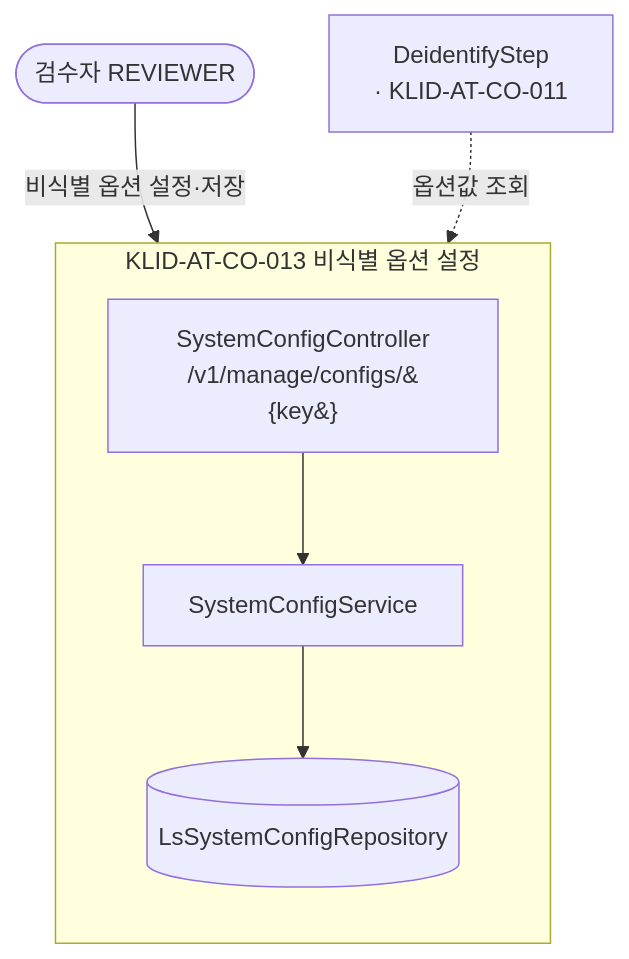
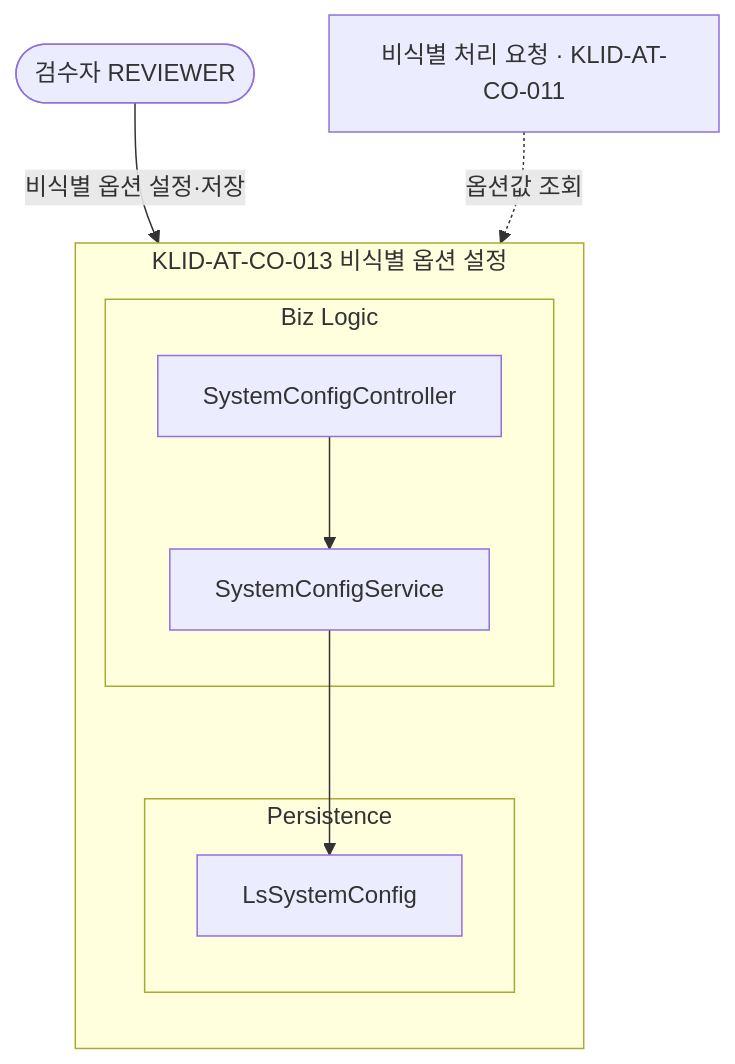
Diagram 12 of 13 in docs/design/D3-컴포넌트설계서.md (New-stella/klid-label), drawn with Mermaid before and after one commit. The commit also changed other lines of this file and 32 other files, not shown here.

````diff
--- a/docs/design/D3-컴포넌트설계서.md
+++ b/docs/design/D3-컴포넌트설계서.md
@@ -322,15 +387,19 @@
 ```mermaid
 flowchart TD
     REVIEWER([검수자 REVIEWER])
     subgraph CO013[KLID-AT-CO-013 비식별 옵션 설정]
         direction TB
-        SCC[SystemConfigController<br/>/v1/manage/configs/&#123;key&#125;]
-        SCS[SystemConfigService]
-        LSC[(LsSystemConfigRepository)]
+        subgraph BIZ13[Biz Logic]
+            SCC[SystemConfigController]
+            SCS[SystemConfigService]
+        end
+        subgraph PER13[Persistence]
+            LSC[LsSystemConfig]
+        end
         SCC --> SCS
         SCS --> LSC
     end
-    DS[DeidentifyStep<br/>· KLID-AT-CO-011]
+    DCMP[비식별 처리 요청 · KLID-AT-CO-011]
     REVIEWER -->|비식별 옵션 설정·저장| SCC
-    DS -.->|옵션값 조회| SCS
+    DCMP -.->|옵션값 조회| SCS
 ```
````
